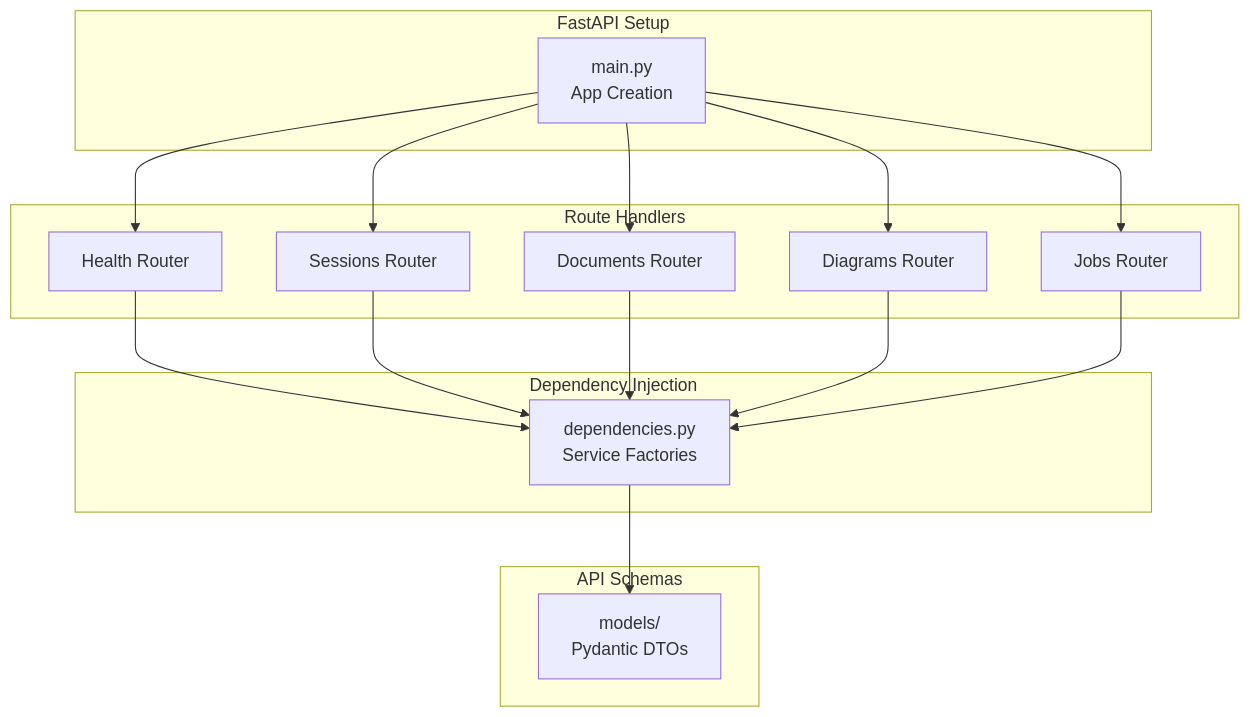
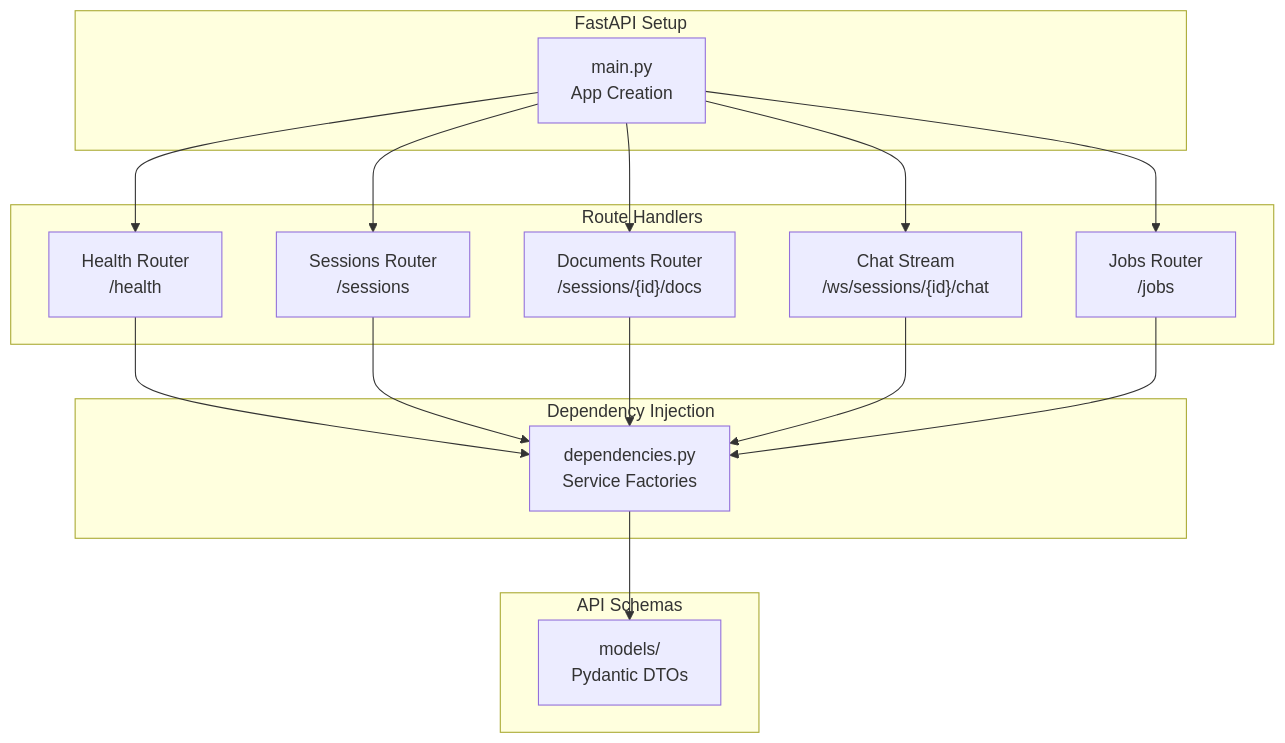
Before and after one commit to h19overflow/Student_Helper: the first of 13 diagrams in backend/api/README.md, drawn with Mermaid. The commit also changed other lines of this file and 3 other files, not shown here.

````diff
--- a/backend/api/README.md
+++ b/backend/api/README.md
@@ -10,34 +31,34 @@
 ```mermaid
 graph TB
     subgraph Routing["Route Handlers"]
-        H1["Health Router"]
-        H2["Sessions Router"]
-        H3["Documents Router"]
-        H4["Diagrams Router"]
-        H5["Jobs Router"]
+        H1["Health Router<br/>/health"]
+        H2["Sessions Router<br/>/sessions"]
+        H3["Documents Router<br/>/sessions/{id}/docs"]
+        H4["Chat Stream<br/>/ws/sessions/{id}/chat"]
+        H5["Jobs Router<br/>/jobs"]
     end
 
     subgraph DI["Dependency Injection"]
         D["dependencies.py<br/>Service Factories"]
     end
 
     subgraph Setup["FastAPI Setup"]
         M["main.py<br/>App Creation"]
     end
 
     subgraph Models["API Schemas"]
         S["models/<br/>Pydantic DTOs"]
     end
 
     H1 --> D
     H2 --> D
     H3 --> D
     H4 --> D
     H5 --> D
     D --> S
     M --> H1
     M --> H2
     M --> H3
     M --> H4
     M --> H5
 ```
````
